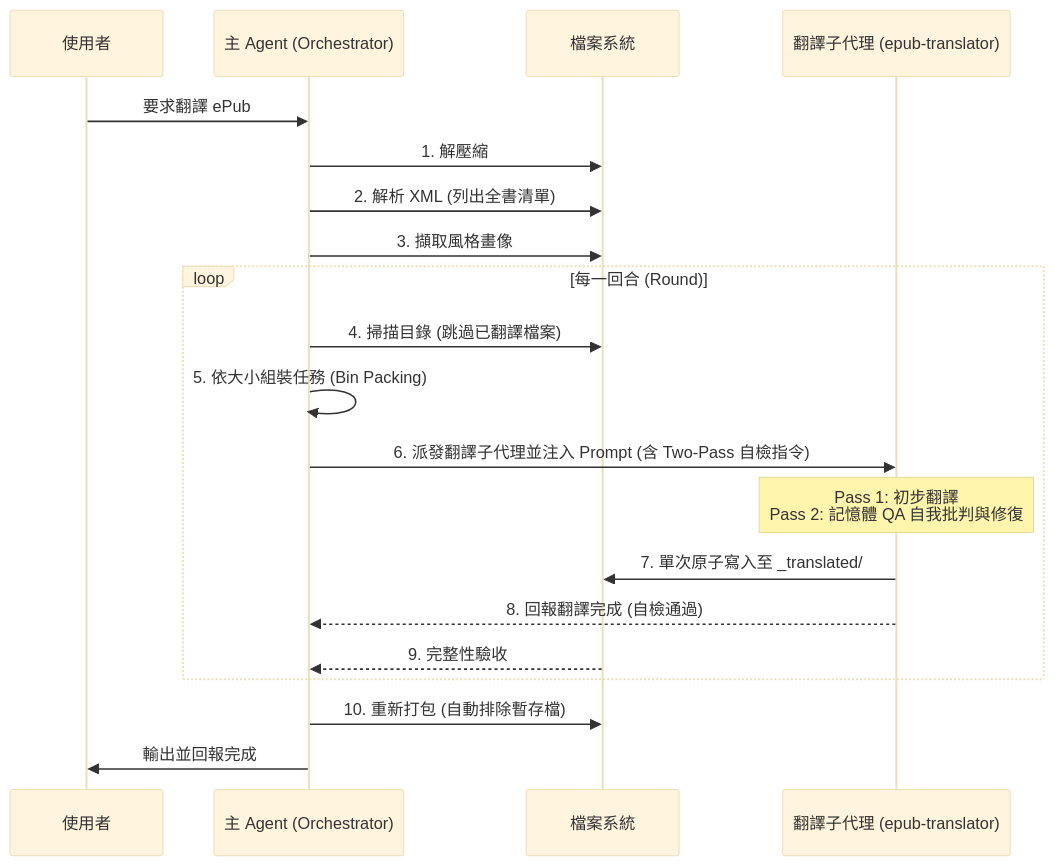
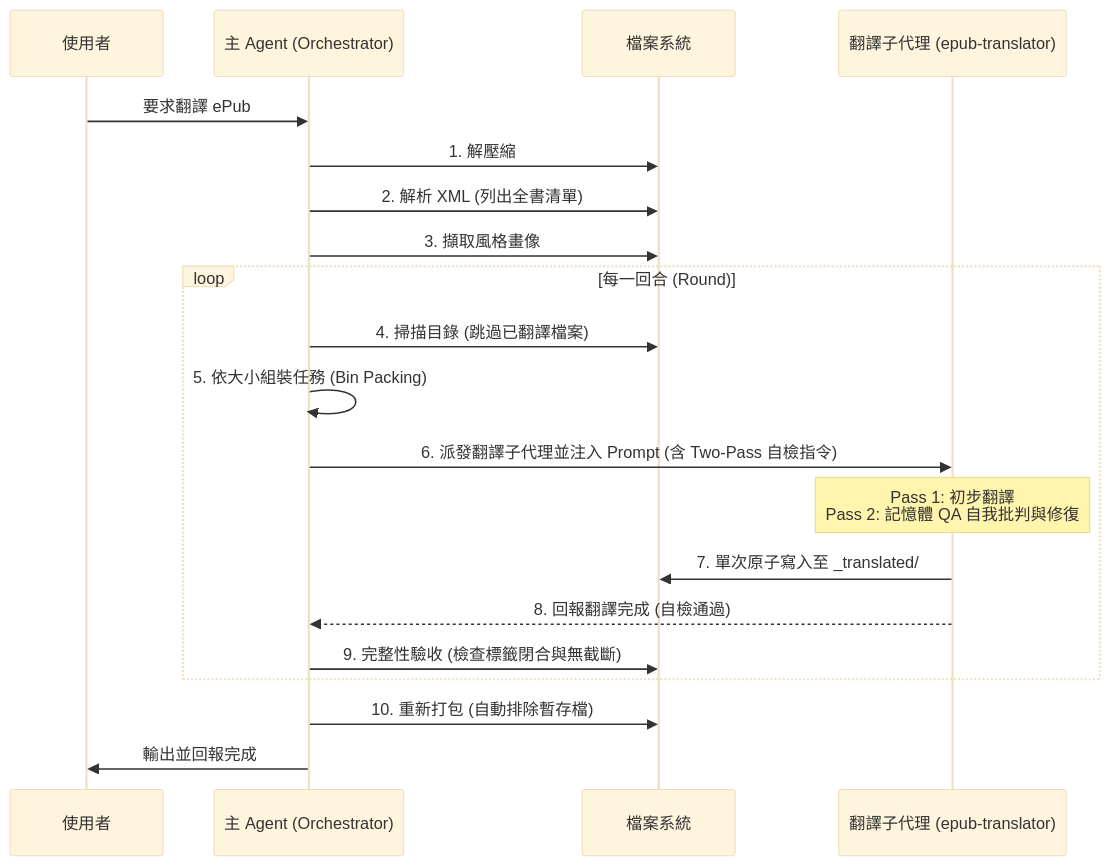
The second of 2 diagrams in .agents/skills/awesome-epub-translator/docs/TECHNICAL_DETAILS.md (dlhdb/epub-translate-agy-skill), drawn with Mermaid (base theme) before and after one commit. The commit also changed other lines of this file and 3 other files, not shown here.

Commit message:
fix(docs-test): fix mermaid diagram syntax, align revision phrasing, and strengthen heading regex

````diff
--- a/.agents/skills/awesome-epub-translator/docs/TECHNICAL_DETAILS.md
+++ b/.agents/skills/awesome-epub-translator/docs/TECHNICAL_DETAILS.md
@@ -47,25 +45,25 @@
 ```mermaid
 sequenceDiagram
     participant U as 使用者
     participant M as 主 Agent (Orchestrator)
     participant F as 檔案系統
     participant S as 翻譯子代理 (epub-translator)
     
     U->>M: 要求翻譯 ePub
     M->>F: 1. 解壓縮
     M->>F: 2. 解析 XML (列出全書清單)
     M->>F: 3. 擷取風格畫像
     
     loop 每一回合 (Round)
         M->>F: 4. 掃描目錄 (跳過已翻譯檔案)
         M->>M: 5. 依大小組裝任務 (Bin Packing)
         M->>S: 6. 派發翻譯子代理並注入 Prompt (含 Two-Pass 自檢指令)
         Note over S: Pass 1: 初步翻譯<br/>Pass 2: 記憶體 QA 自我批判與修復
         S->>F: 7. 單次原子寫入至 _translated/
         S-->>M: 8. 回報翻譯完成 (自檢通過)
-        F-->>M: 9. 完整性驗收
+        M->>F: 9. 完整性驗收 (檢查標籤閉合與無截斷)
     end
     
     M->>F: 10. 重新打包 (自動排除暫存檔)
     M->>U: 輸出並回報完成
 ```
````
